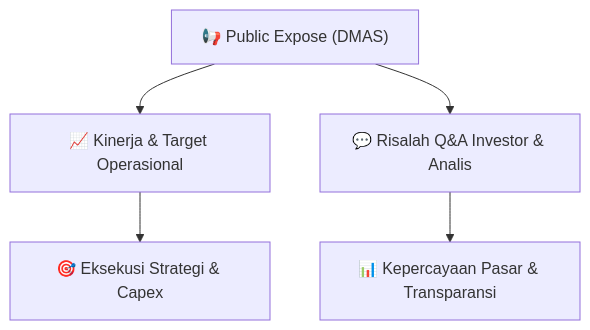
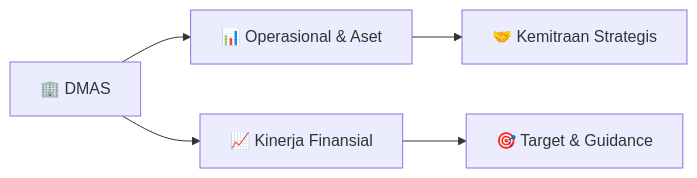
Before and after one commit to anYoneo/alphadigest-idx: the diagram in reports/summaries/public-exposes/informasi-pubex/DMAS_Public_Expose_20260902.md, drawn with Mermaid. The commit also changed other lines of this file and 526 other files, not shown here.

````diff
--- a/reports/summaries/public-exposes/informasi-pubex/DMAS_Public_Expose_20260902.md
+++ b/reports/summaries/public-exposes/informasi-pubex/DMAS_Public_Expose_20260902.md
@@ -15,7 +456,7 @@
 ```mermaid
-flowchart TD
-    A["📢 Public Expose (DMAS)"] --> B["📈 Kinerja & Target Operasional"]
-    A --> C["💬 Risalah Q&A Investor & Analis"]
-    B --> D["🎯 Eksekusi Strategi & Capex"]
-    C --> E["📊 Kepercayaan Pasar & Transparansi"]
+flowchart LR
+    A["🏢 DMAS"] --> B["📊 Operasional & Aset"]
+    A --> C["📈 Kinerja Finansial"]
+    B --> D["🤝 Kemitraan Strategis"]
+    C --> E["🎯 Target & Guidance"]
 ```
````
